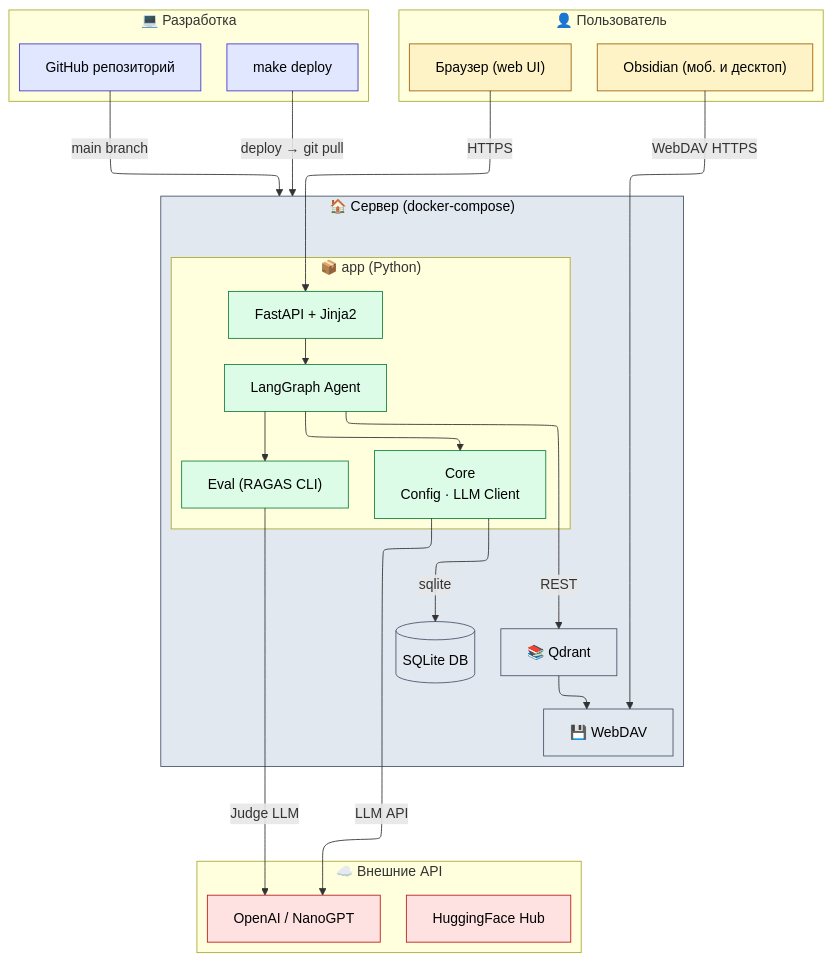
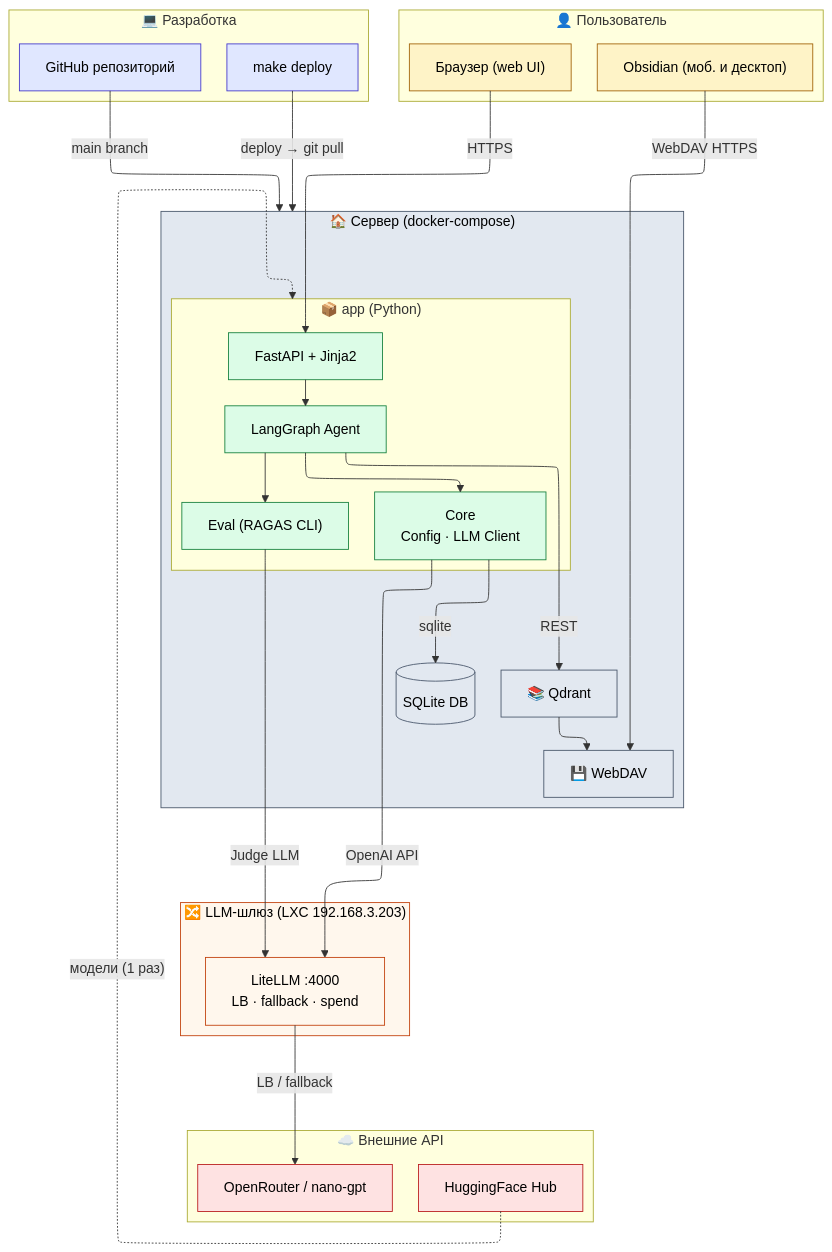
Before and after one commit to tumasv1/RAGv2-Agentic-RAG: the diagram in docs/knowledge base/adr/architecture-overview-simpl.md, drawn with Mermaid. The commit also changed 1 other file, not shown here.

Commit message:
docs: обновлена архитектурная схема

````diff
--- a/docs/knowledge base/adr/architecture-overview-simpl.md
+++ b/docs/knowledge base/adr/architecture-overview-simpl.md
@@ -5,57 +5,65 @@
 ```mermaid
 %%{init: {"layout": "elk"}}%%
 flowchart TB
     subgraph User["👤 Пользователь"]
         Browser["Браузер (web UI)"]
         Obsidian["Obsidian (моб. и десктоп)"]
     end
 
     subgraph Dev["💻 Разработка"]
         Repo["GitHub репозиторий"]
         Make["make deploy"]
     end
 
     subgraph Server["🏠 Сервер (docker‑compose)"]
         subgraph App["📦 app (Python)"]
             Web["FastAPI + Jinja2"]
-            Agent["LangGraph Agent"]
-            Core["Core<br/>Config · LLM Client"]
-            Eval["Eval (RAGAS CLI)"]
+            Agent["LangGraph Agent"]
+            Core["Core<br/>Config · LLM Client"]
+            Eval["Eval (RAGAS CLI)"]
         end
 
         Qdrant["📚 Qdrant"]
         WebDAV["💾 WebDAV"]
-        SQLite[("SQLite DB")]
+        SQLite[("SQLite DB")]
+    end
+
+    subgraph Gateway["🔀 LLM-шлюз (LXC 192.168.3.203)"]
+        LiteLLM["LiteLLM :4000<br/>LB · fallback · spend"]
     end
 
     subgraph Ext["☁️ Внешние API"]
-        OpenAI["OpenAI / NanoGPT"]
-        HF["HuggingFace Hub"]
+        Providers["OpenRouter / nano-gpt"]
+        HF["HuggingFace Hub"]
     end
 
     Browser -->|"HTTPS"| Web
-    Obsidian -->|"WebDAV HTTPS"| WebDAV
+    Obsidian -->|"WebDAV HTTPS"| WebDAV
     Web --> Agent
     Agent --> Core
-    Core -->|"LLM API"| OpenAI
+    Core -->|"OpenAI API"| LiteLLM
+    LiteLLM -->|"LB / fallback"| Providers
     Agent --> Eval
-    Eval -->|"Judge LLM"| OpenAI
+    Eval -->|"Judge LLM"| LiteLLM
     Agent -->|"REST"| Qdrant
     Core -->|"sqlite"| SQLite
     Qdrant --> WebDAV
-    Make -->|"deploy → git pull"| Server
-    Repo -->|"main branch"| Server
+    Make -->|"deploy → git pull"| Server
+    Repo -->|"main branch"| Server
+    HF -.->|"модели (1 раз)"| App
 
     %% Цвета
     classDef user fill:#fef3c7,stroke:#a16207,color:#000
     classDef dev fill:#e0e7ff,stroke:#4338ca,color:#000
     classDef runtime fill:#dcfce7,stroke:#15803d,color:#000
     classDef infra fill:#e2e8f0,stroke:#475569,color:#000
     classDef external fill:#fee2e2,stroke:#b91c1c,color:#000
+    classDef gateway fill:#fff7ed,stroke:#c2410c,color:#000
 
     class Browser,Obsidian user
     class Repo,Make dev
     class Web,Agent,Core,Eval runtime
     class Qdrant,WebDAV,SQLite,Server infra
-    class OpenAI,HF external
+    class Providers,HF external
+    class LiteLLM,Gateway gateway
 ```
````
